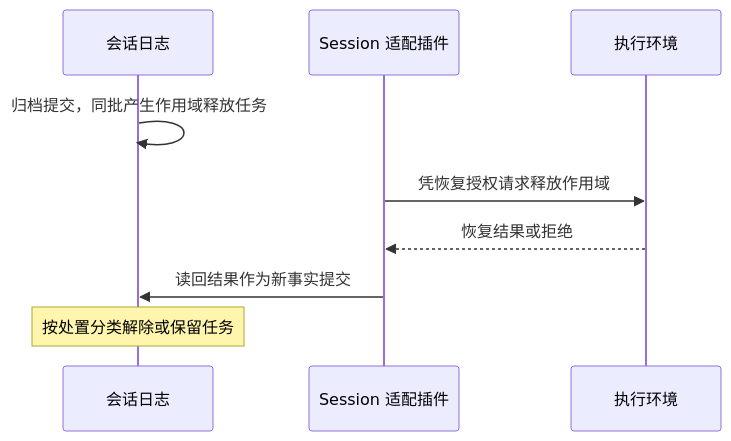
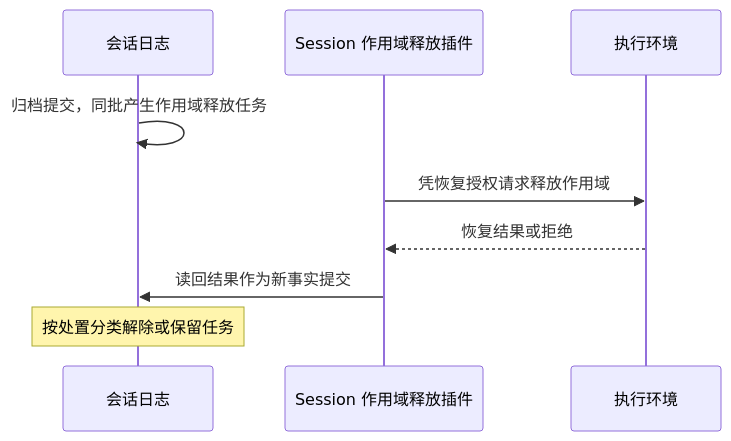
The second of 3 diagrams in docs/architecture/runtime/control-and-recovery.md (nemori-ai/omne-harness-lite), drawn with Mermaid before and after one commit. The commit also changed other lines of this file and 12 other files, not shown here.

````diff
--- a/docs/architecture/runtime/control-and-recovery.md
+++ b/docs/architecture/runtime/control-and-recovery.md
@@ -83,11 +87,11 @@
 ```mermaid
 sequenceDiagram
     participant S as 会话日志
-    participant P as Session 适配插件
+    participant P as Session 作用域释放插件
     participant E as 执行环境
     S->>S: 归档提交，同批产生作用域释放任务
     P->>E: 凭恢复授权请求释放作用域
     E-->>P: 恢复结果或拒绝
     P->>S: 读回结果作为新事实提交
     Note over S: 按处置分类解除或保留任务
 ```
````
